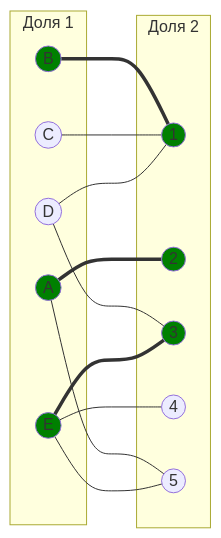
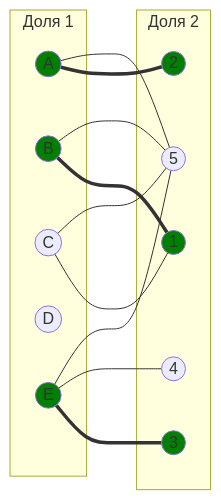
The fourth of 12 diagrams in Задание 8/task8.md (algos-ris-24-3/manual-tasks), drawn with Mermaid before and after one commit. The commit also changed other lines of this file, not shown here.

````diff
--- a/Задание 8/task8.md
+++ b/Задание 8/task8.md
@@ -237,34 +219,34 @@
 ```mermaid
 graph LR
     subgraph "Доля 1"
         A((A))
         B((B))
         C((C))
         D((D))
         E((E))
     end
     subgraph "Доля 2"
         1((1))
         2((2))
         3((3))
         4((4))
         5((5))
     end
 
     A === 2
     A --- 5
     B === 1
     C --- 1
-    D --- 1
-    D --- 3
+    B --- 5
+    C --- 5
     E === 3
     E --- 4
     E --- 5
 
     style A fill:#008000
     style B fill:#008000
     style E fill:#008000
     style 2 fill:#008000
     style 1 fill:#008000
     style 3 fill:#008000
 ```
````
